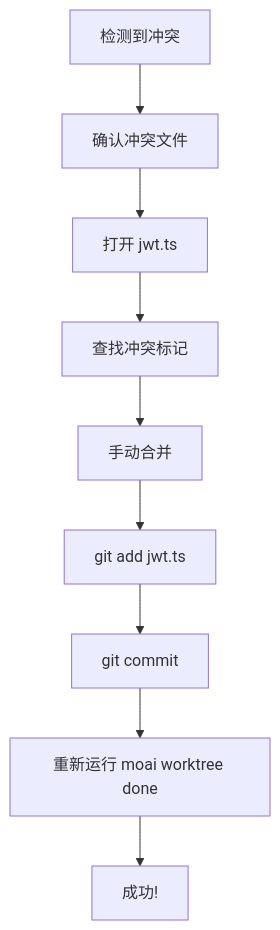
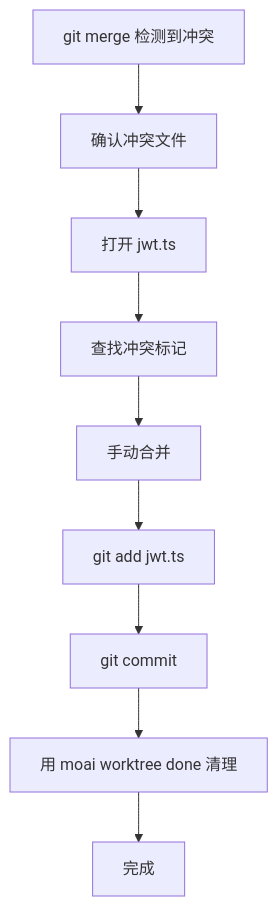
One commit to gabrielmoreira/agent-skills-mirror changed the third of 4 diagrams in mirrors/repos/modu-ai@moai-adk/docs-site/content/zh/worktree/examples.md. Above: the diagram before and after it, drawn with Mermaid. The commit also changed other lines of this file and 4482 other files, not shown here.

````diff
--- a/mirrors/repos/modu-ai@moai-adk/docs-site/content/zh/worktree/examples.md
+++ b/mirrors/repos/modu-ai@moai-adk/docs-site/content/zh/worktree/examples.md
@@ -408,11 +390,11 @@
 ```mermaid
 flowchart TD
-    A[检测到冲突] --> B[确认冲突文件]
+    A[git merge 检测到冲突] --> B[确认冲突文件]
     B --> C[打开 jwt.ts]
     C --> D[查找冲突标记]
     D --> E[手动合并]
     E --> F[git add jwt.ts]
     F --> G[git commit]
-    G --> H[重新运行 moai worktree done]
-    H --> I[成功!]
+    G --> H[用 moai worktree done 清理]
+    H --> I[完成]
 ```
````
